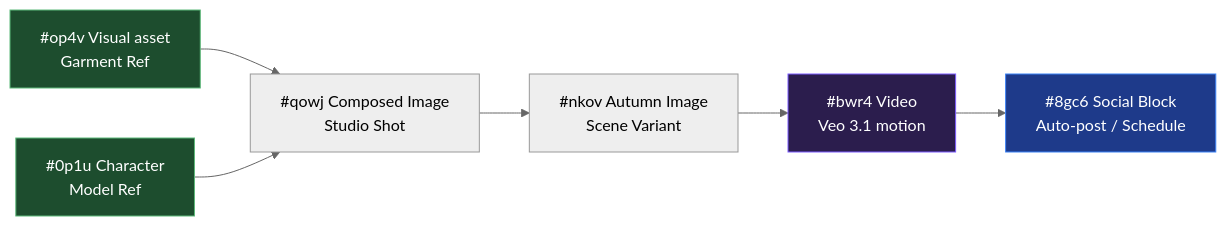
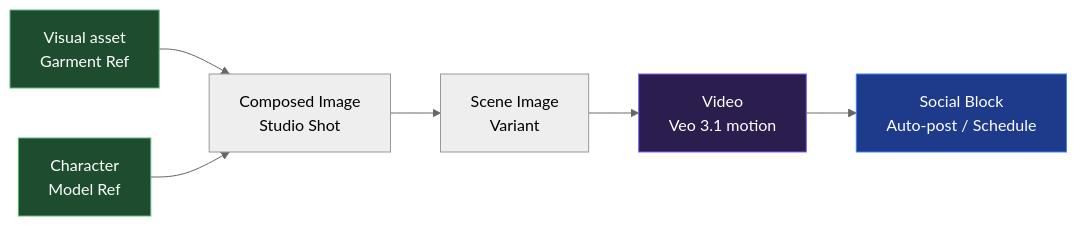
The diagram in README.md (okebaybii/Google-flowboard-IDM), drawn with Mermaid (neutral theme) before and after one commit. The commit also changed other lines of this file and 25 other files, not shown here.

````diff
--- a/README.md
+++ b/README.md
@@ -60,12 +81,12 @@
 ```mermaid
 graph LR
-    A[#op4v Visual asset<br/>Garment Ref]:::ref --> C[#qowj Composed Image<br/>Studio Shot]
-    B[#0p1u Character<br/>Model Ref]:::ref --> C
-    C --> D[#nkov Autumn Image<br/>Scene Variant]
-    D --> E[#bwr4 Video<br/>Veo 3.1 motion]:::video
-    E --> F[#8gc6 Social Block<br/>Auto-post / Schedule]:::social
+    A[Visual asset<br/>Garment Ref]:::ref --> C[Composed Image<br/>Studio Shot]
+    B[Character<br/>Model Ref]:::ref --> C
+    C --> D[Scene Image<br/>Variant]
+    D --> E[Video<br/>Veo 3.1 motion]:::video
+    E --> F[Social Block<br/>Auto-post / Schedule]:::social
 
     classDef ref fill:#1d4d2e,stroke:#5db97a,color:#fff;
     classDef video fill:#2b1d4d,stroke:#7c5cff,color:#fff;
     classDef social fill:#1e3a8a,stroke:#3b82f6,color:#fff;
 ```
````
